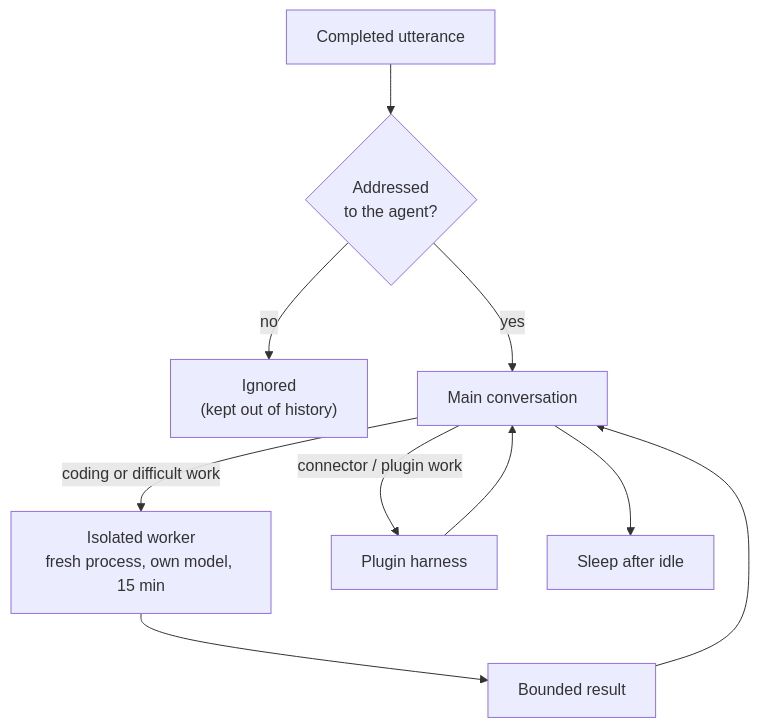
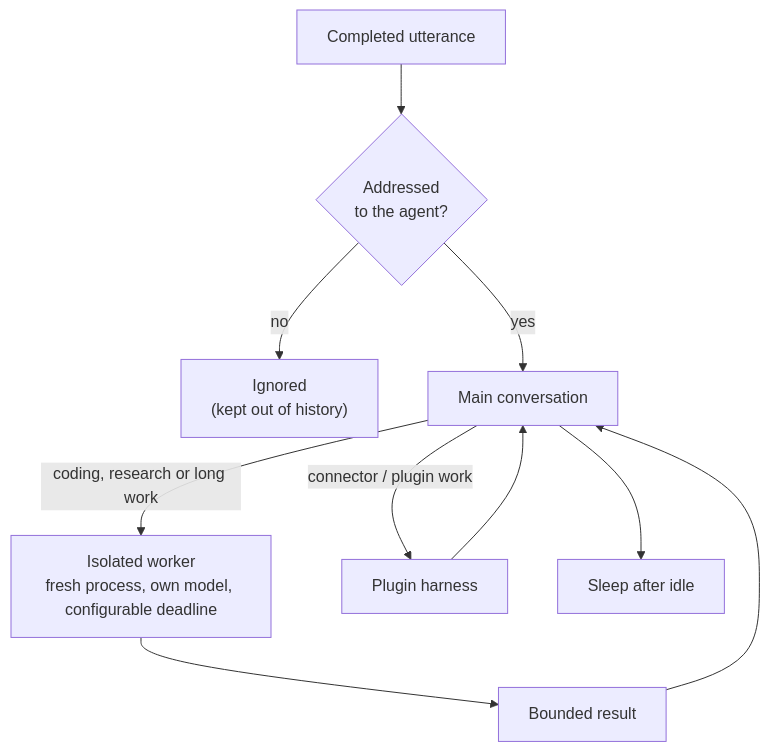
One commit to T-Lind/accessor changed the second of 6 diagrams in docs/architecture.md. Above: the diagram before and after it, drawn with Mermaid. The commit also changed other lines of this file and 45 other files, not shown here.

````diff
--- a/docs/architecture.md
+++ b/docs/architecture.md
@@ -50,12 +50,12 @@
 ```mermaid
 flowchart TD
   utt["Completed utterance"] --> rel{"Addressed<br/>to the agent?"}
   rel -->|no| drop["Ignored<br/>(kept out of history)"]
   rel -->|yes| coord["Main conversation"]
-  coord -->|"coding or difficult work"| work["Isolated worker<br/>fresh process, own model, 15 min"]
+  coord -->|"coding, research or long work"| work["Isolated worker<br/>fresh process, own model, configurable deadline"]
   coord -->|"connector / plugin work"| plug["Plugin harness"]
   work --> res["Bounded result"]
   res --> coord
   plug --> coord
   coord --> sleep["Sleep after idle"]
 ```
````
